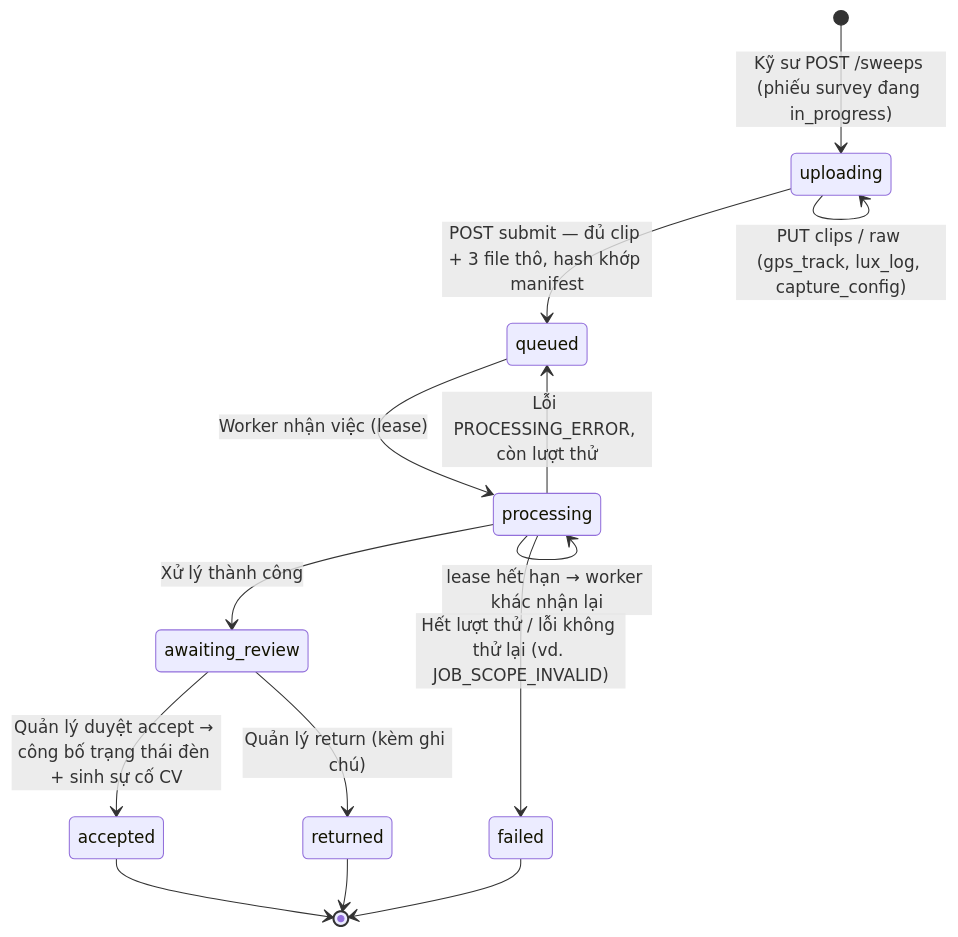
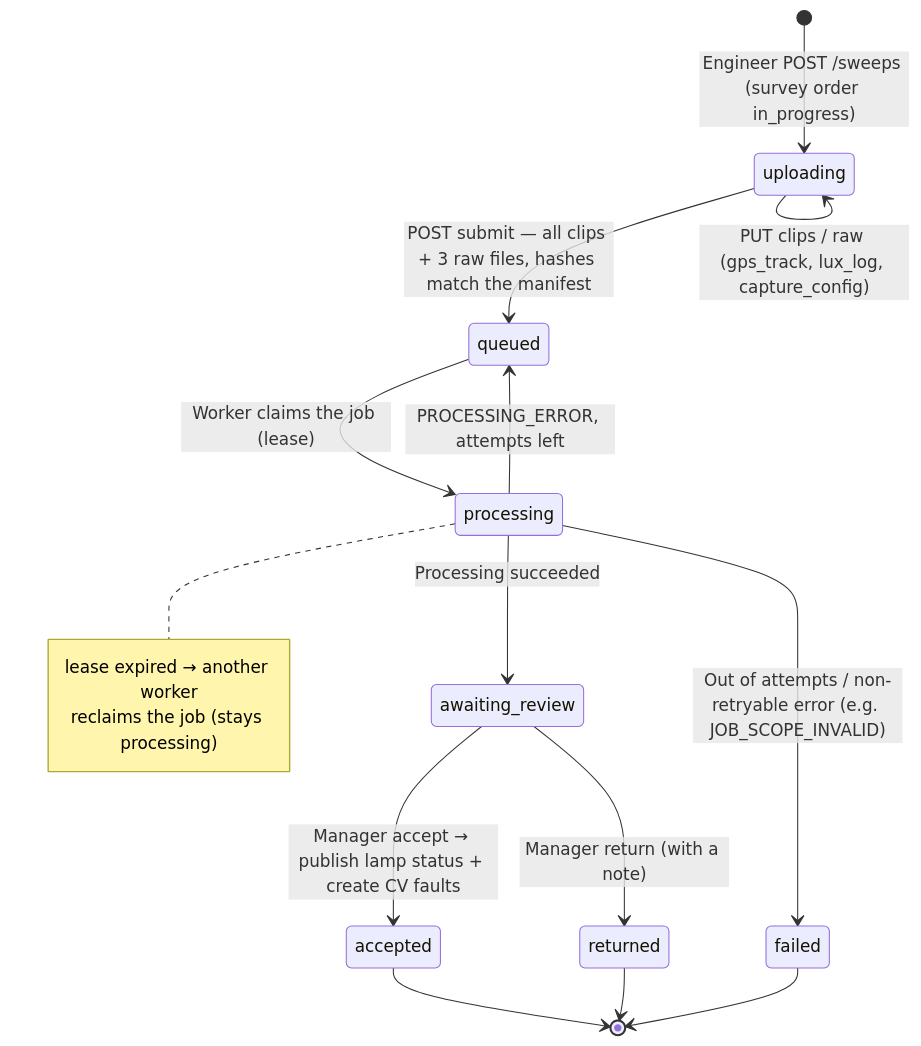
The fourth of 14 diagrams in docs/state-machines.md (LuxMapLabs/luxmap_backend), drawn with Mermaid before and after one commit. The commit also changed other lines of this file and 2 other files, not shown here.

First line of the commit message:
docs(state-machines): translate the state machine diagrams to English

````diff
--- a/docs/state-machines.md
+++ b/docs/state-machines.md
@@ -159,16 +168,19 @@
 ```mermaid
 stateDiagram-v2
-    [*] --> uploading : Kỹ sư POST /sweeps (phiếu survey đang in_progress)
+    [*] --> uploading : Engineer POST /sweeps (survey order in_progress)
     uploading --> uploading : PUT clips / raw (gps_track, lux_log, capture_config)
-    uploading --> queued : POST submit — đủ clip + 3 file thô, hash khớp manifest
-    queued --> processing : Worker nhận việc (lease)
-    processing --> processing : lease hết hạn → worker khác nhận lại
-    processing --> awaiting_review : Xử lý thành công
-    processing --> queued : Lỗi PROCESSING_ERROR, còn lượt thử
-    processing --> failed : Hết lượt thử / lỗi không thử lại (vd. JOB_SCOPE_INVALID)
-    awaiting_review --> accepted : Quản lý duyệt accept → công bố trạng thái đèn + sinh sự cố CV
-    awaiting_review --> returned : Quản lý return (kèm ghi chú)
+    uploading --> queued : POST submit — all clips + 3 raw files, hashes match the manifest
+    queued --> processing : Worker claims the job (lease)
+    note right of processing
+        lease expired → another worker
+        reclaims the job (stays processing)
+    end note
+    processing --> awaiting_review : Processing succeeded
+    processing --> queued : PROCESSING_ERROR, attempts left
+    processing --> failed : Out of attempts / non-retryable error (e.g. JOB_SCOPE_INVALID)
+    awaiting_review --> accepted : Manager accept → publish lamp status + create CV faults
+    awaiting_review --> returned : Manager return (with a note)
     accepted --> [*]
     returned --> [*]
     failed --> [*]
 ```
````
